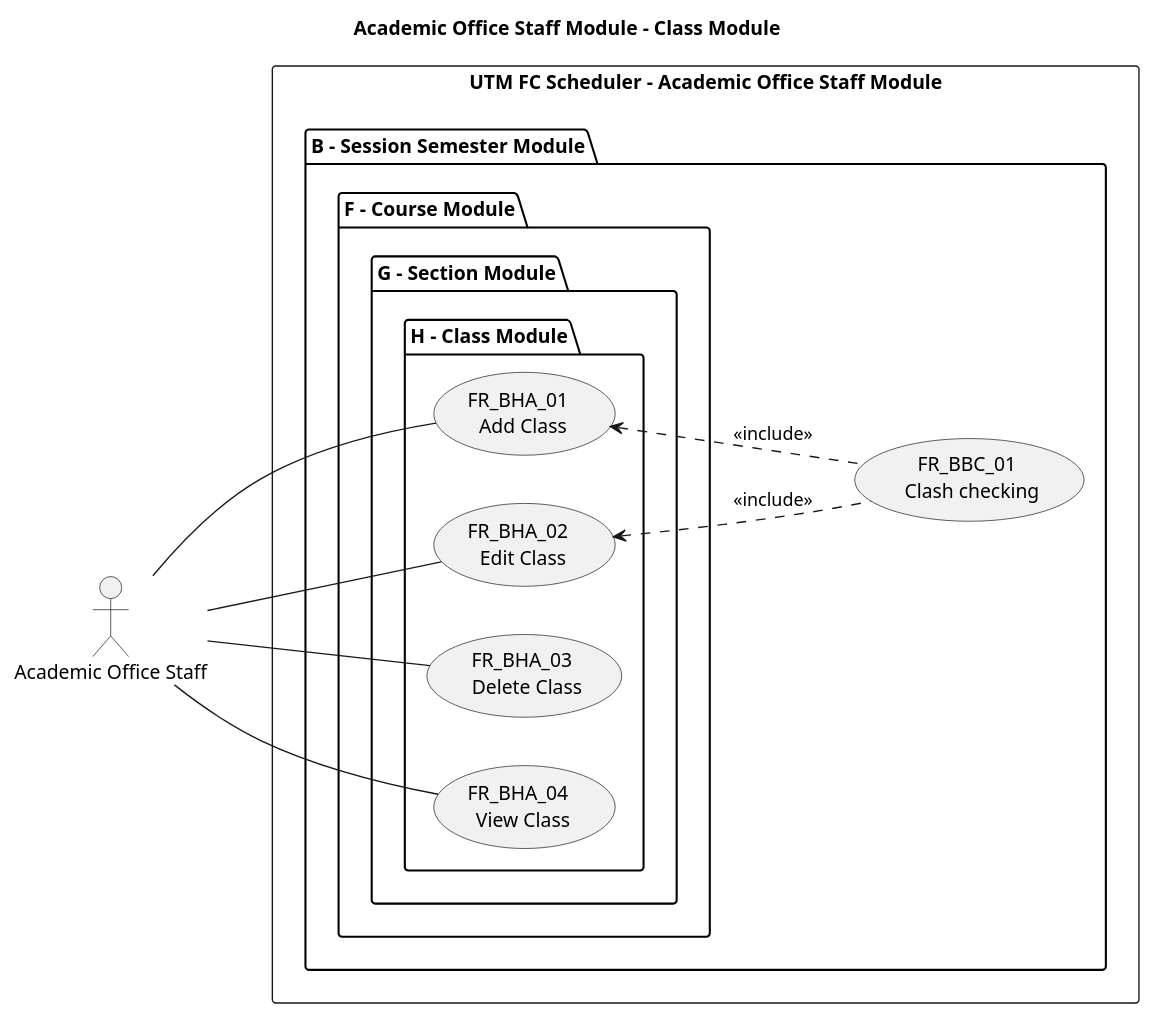
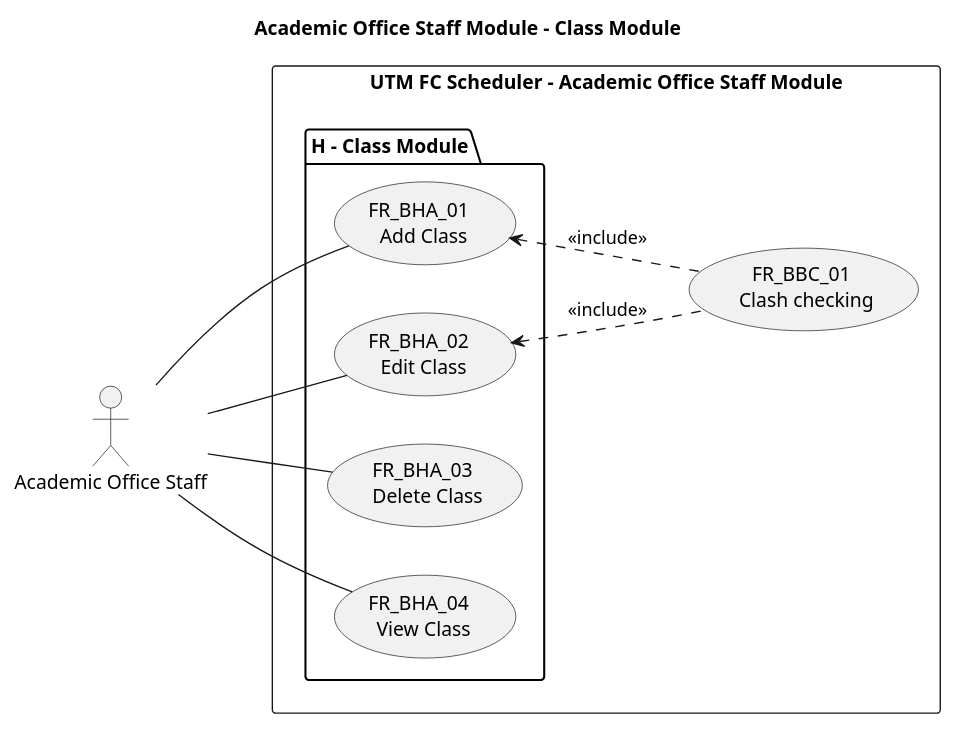
The diagram in use-case/academic-office-staff/Class Module.plantuml (AdmiJW/UTM-FC-Scheduler-UML), drawn with PlantUML before and after one commit. The commit also changed 27 other files, not shown here.

```diff
--- a/use-case/academic-office-staff/Class Module.plantuml
+++ b/use-case/academic-office-staff/Class Module.plantuml
@@ -1,43 +1,37 @@
 @startuml Academic Office Staff Module - Class Module
 
 title Academic Office Staff Module - Class Module
 left to right direction
 
 ' Use case ID format: FR_BBC_00
 ' FR: Functional Requirement
 ' A: Module. A for End-User, B for Academic Office Staff
 ' B: Sub-module
 ' C: Sub-module group
 ' 00: Use case number
 
 
 ' Actors
 "Academic Office Staff" as AOS
 
 ' Use Cases
 rectangle "UTM FC Scheduler - Academic Office Staff Module" {
-package "B - Session Semester Module" {
     usecase (FR_BBC_01 \n Clash checking) as FR_BBC_01
 
-    package "F - Course Module" {
-        package "G - Section Module" {
-            package "H - Class Module" {
-                usecase (FR_BHA_01 \n Add Class) as FR_BHA_01
-                usecase (FR_BHA_02 \n Edit Class) as FR_BHA_02
-                usecase (FR_BHA_03 \n Delete Class) as FR_BHA_03
-                usecase (FR_BHA_04 \n View Class) as FR_BHA_04
-            }
-        }
+    package "H - Class Module" {
+        usecase (FR_BHA_01 \n Add Class) as FR_BHA_01
+        usecase (FR_BHA_02 \n Edit Class) as FR_BHA_02
+        usecase (FR_BHA_03 \n Delete Class) as FR_BHA_03
+        usecase (FR_BHA_04 \n View Class) as FR_BHA_04
     }
-}
 }
 
 ' Associations
 AOS -- FR_BHA_01
 AOS -- FR_BHA_02
 AOS -- FR_BHA_03
 AOS -- FR_BHA_04
 FR_BHA_01 <.. FR_BBC_01 : <<include>>
 FR_BHA_02 <.. FR_BBC_01 : <<include>>
 
 @enduml
```
